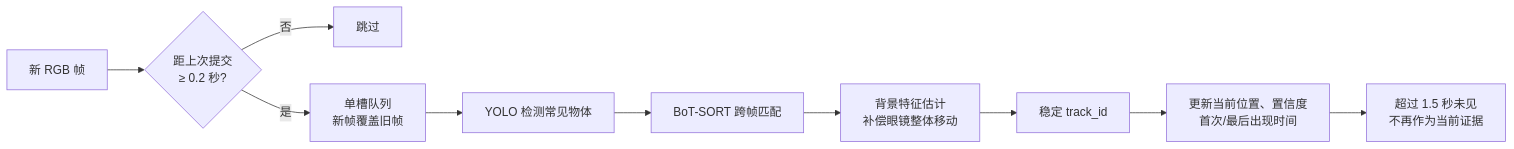
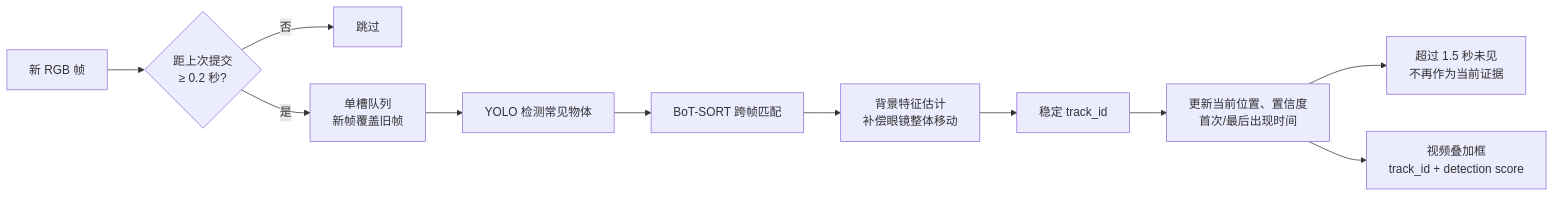
The second of 3 diagrams in when/ARCHITECTURE.md (yuzhench/smart_ai_glasses), drawn with Mermaid before and after one commit. The commit also changed 8 other files, not shown here.

````diff
--- a/when/ARCHITECTURE.md
+++ b/when/ARCHITECTURE.md
@@ -58,12 +58,13 @@
 ```mermaid
 flowchart LR
     FRAME[新 RGB 帧] --> LIMIT{距上次提交<br/>≥ 0.2 秒?}
     LIMIT -->|否| SKIP[跳过]
     LIMIT -->|是| SLOT[单槽队列<br/>新帧覆盖旧帧]
     SLOT --> DETECT[YOLO 检测常见物体]
     DETECT --> MATCH[BoT-SORT 跨帧匹配]
     MATCH --> GMC[背景特征估计<br/>补偿眼镜整体移动]
     GMC --> TRACK[稳定 track_id]
     TRACK --> STATE[更新当前位置、置信度<br/>首次/最后出现时间]
     STATE --> EXPIRE[超过 1.5 秒未见<br/>不再作为当前证据]
+    STATE --> OVERLAY[视频叠加框<br/>track_id + detection score]
 ```
````
